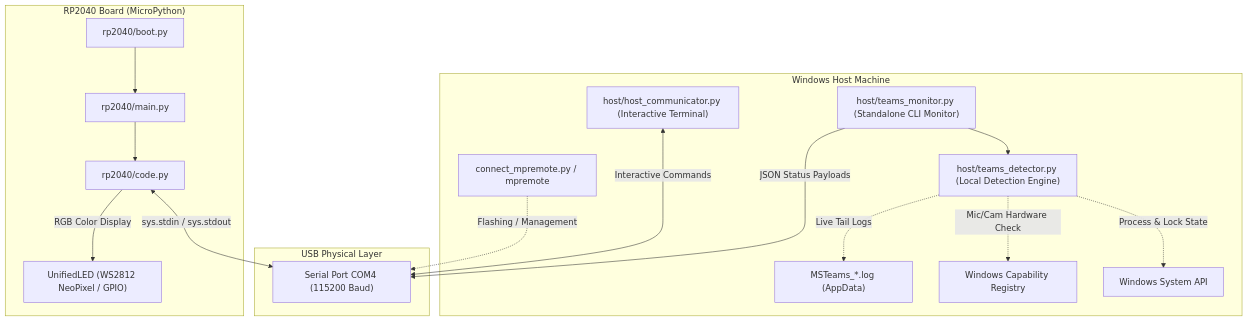
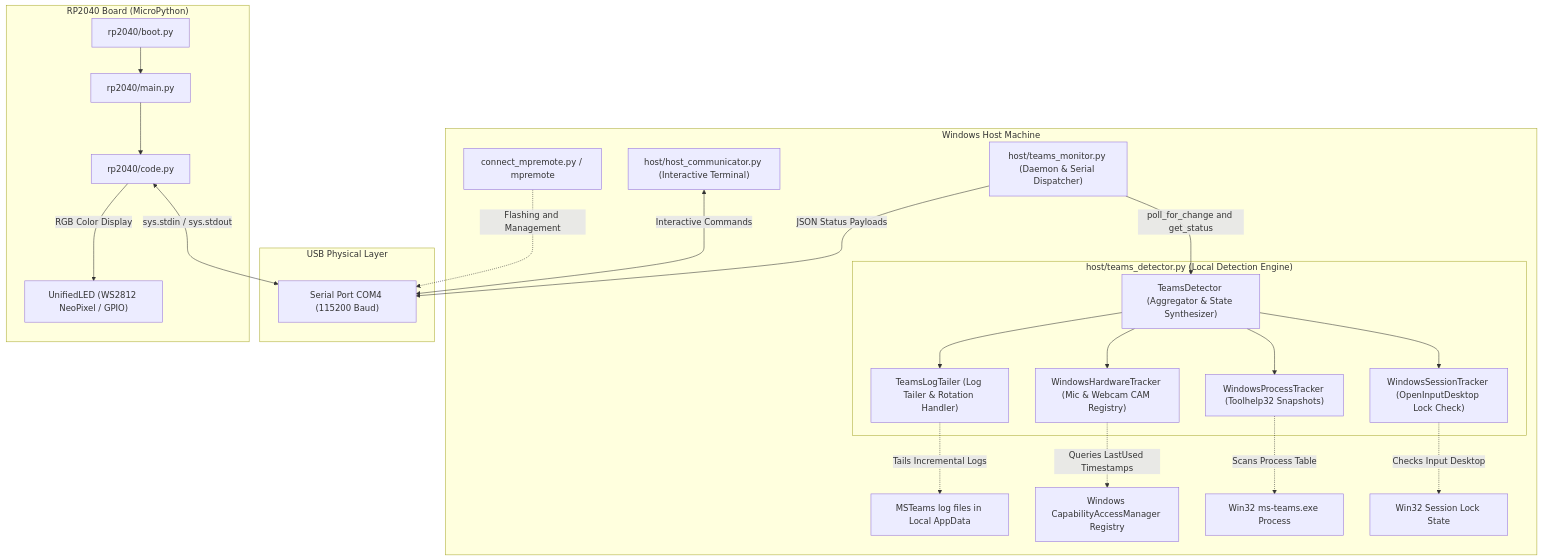
One commit to robobo27/TeamsStatus changed the first of 3 diagrams in README.md. Above: the diagram before and after it, drawn with Mermaid. The commit also changed other lines of this file and 8 other files, not shown here.

Commit message:
Add detailed docstrings, inline comments, and updated architecture diagrams

````diff
--- a/README.md
+++ b/README.md
@@ -11,29 +11,43 @@
 ```mermaid
 graph TD
     subgraph Host ["Windows Host Machine"]
-        TM["host/teams_monitor.py (Standalone CLI Monitor)"]
-        TD["host/teams_detector.py (Local Detection Engine)"]
+        TM["host/teams_monitor.py (Daemon & Serial Dispatcher)"]
+        
+        subgraph TD_BOX ["host/teams_detector.py (Local Detection Engine)"]
+            TD["TeamsDetector (Aggregator & State Synthesizer)"]
+            TLT["TeamsLogTailer (Log Tailer & Rotation Handler)"]
+            WHT["WindowsHardwareTracker (Mic & Webcam CAM Registry)"]
+            WPT["WindowsProcessTracker (Toolhelp32 Snapshots)"]
+            WST["WindowsSessionTracker (OpenInputDesktop Lock Check)"]
+            
+            TD --> TLT
+            TD --> WHT
+            TD --> WPT
+            TD --> WST
+        end
+        
         HC["host/host_communicator.py (Interactive Terminal)"]
         MR["connect_mpremote.py / mpremote"]
         
-        TM --> TD
-        TD -.->|Live Tail Logs| T_LOGS["MSTeams_*.log (AppData)"]
-        TD -.->|Mic/Cam Hardware Check| T_REG["Windows Capability Registry"]
-        TD -.->|Process & Lock State| T_SYS["Windows System API"]
+        TM -->|poll_for_change and get_status| TD
+        TLT -.->|Tails Incremental Logs| T_LOGS["MSTeams log files in Local AppData"]
+        WHT -.->|Queries LastUsed Timestamps| T_REG["Windows CapabilityAccessManager Registry"]
+        WPT -.->|Scans Process Table| T_PROC["Win32 ms-teams.exe Process"]
+        WST -.->|Checks Input Desktop| T_LOCK["Win32 Session Lock State"]
     end
 
     subgraph Hardware ["USB Physical Layer"]
         COM["Serial Port COM4 (115200 Baud)"]
     end
 
     subgraph RP2040 ["RP2040 Board (MicroPython)"]
         BOOT["rp2040/boot.py"] --> MAIN["rp2040/main.py"]
         MAIN --> CODE["rp2040/code.py"]
         CODE <-->|sys.stdin / sys.stdout| COM
         CODE -->|RGB Color Display| LED["UnifiedLED (WS2812 NeoPixel / GPIO)"]
     end
 
     TM -->|JSON Status Payloads| COM
-    HC <--->|Interactive Commands| COM
-    MR -.->|Flashing / Management| COM
+    HC <-->|Interactive Commands| COM
+    MR -.->|Flashing and Management| COM
 ```
````
